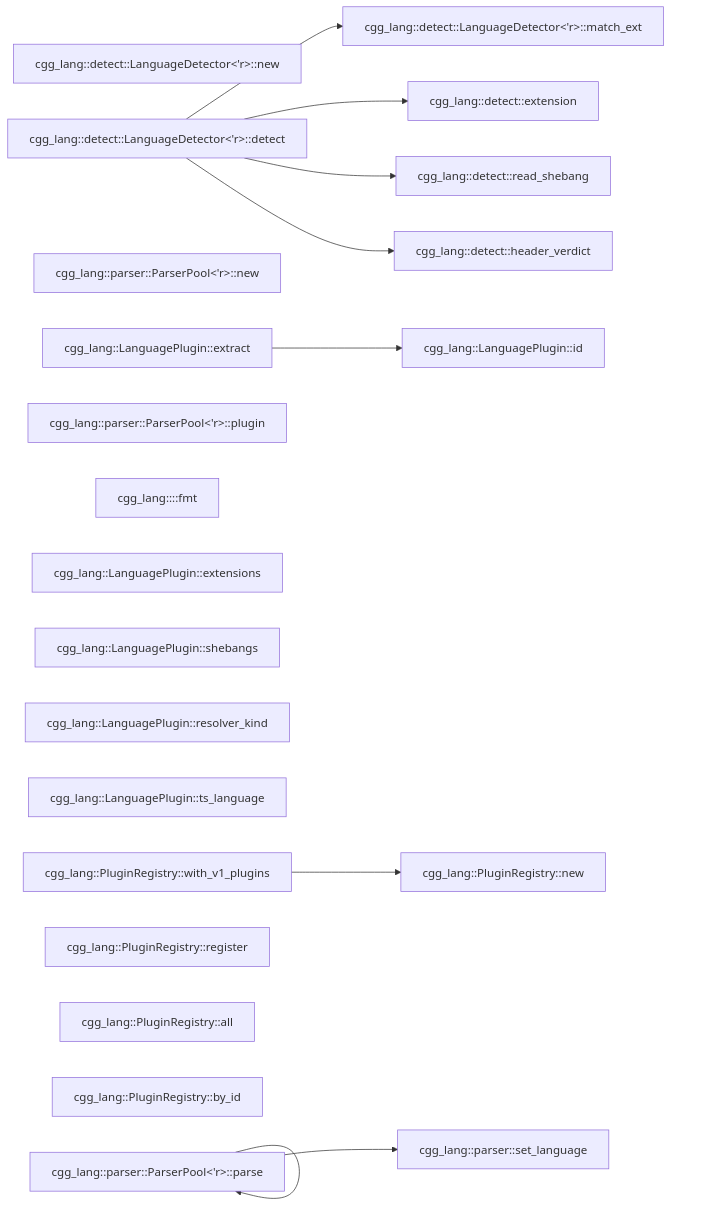
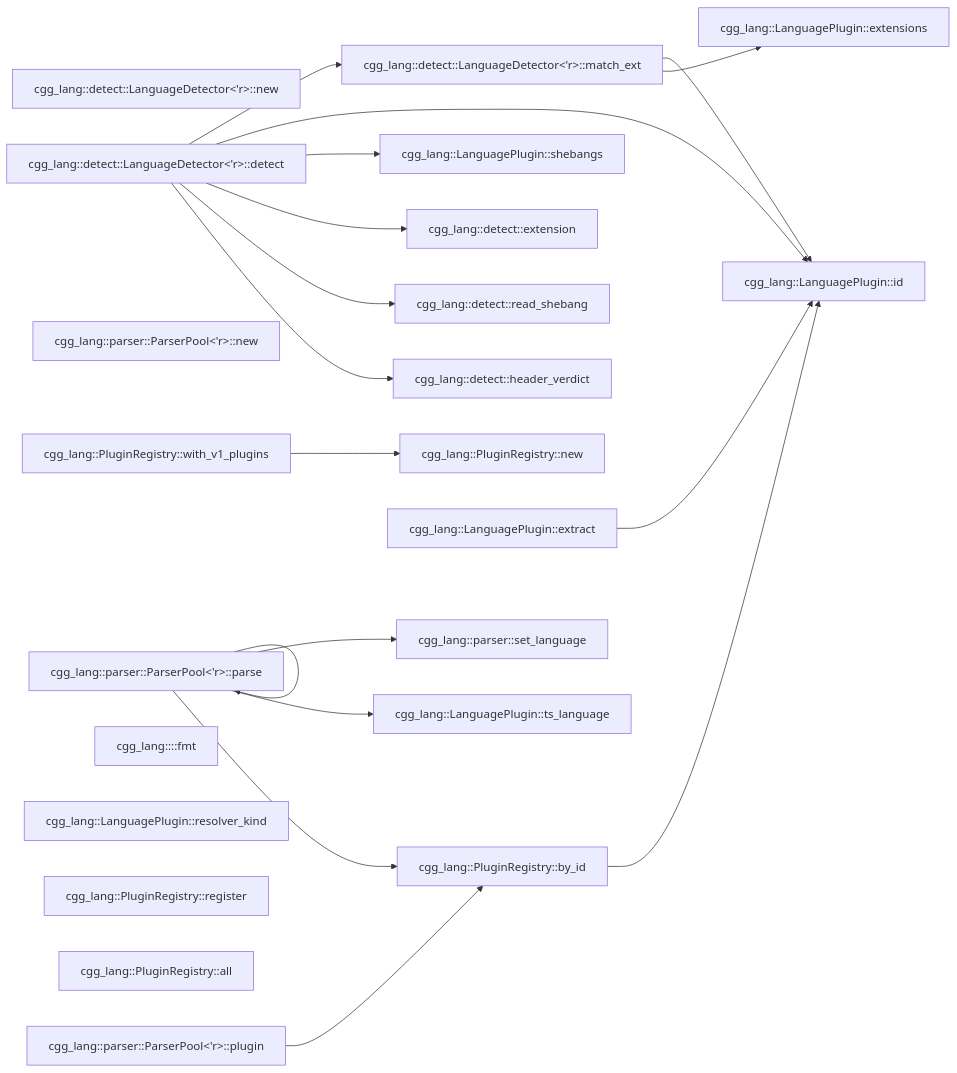
The third of 3 diagrams in README.md (NeuralNotwerk/cgg), drawn with Mermaid before and after one commit. The commit also changed 1 other file, not shown here.

Commit message:
feat: resolve cross-crate Type::method calls and trait dispatch
Two new resolution steps in the cross-file resolver:

Step 4 — Type-qualified method calls:
  When receiver_hint is a type name (uppercase), search all callables
  for one whose qualified_name ends with ::Type::method. Handles
  MermaidFormatter::new(), Graph::add_callable(), etc. across crates.

Step 5 — Trait object dispatch:
  When receiver_hint is a variable (lowercase) and the method name
  is not in the stdlib manifest, find all callables with that
  simple_name (capped at 5 candidates). Handles formatter.render()
  resolving to all trait implementors.

Results on cgg self-analysis:
  Edges: 868 -> 978 (+12.7%)
  Cross-file: 60 -> 165 (+175%)
  emit_graph now resolves all 4 formatter constructors + render()

Results on ripgrep:
  Edges: 1,609 -> 4,041 (+151%)
  Cross-file: 142 -> 2,214

````diff
--- a/README.md
+++ b/README.md
@@ -261,33 +261,41 @@
 ```mermaid
 flowchart LR
   C0["cgg_lang::detect::LanguageDetector<'r>::new"]
   C1["cgg_lang::detect::LanguageDetector<'r>::detect"]
   C2["cgg_lang::detect::LanguageDetector<'r>::match_ext"]
   C3["cgg_lang::detect::extension"]
   C4["cgg_lang::detect::read_shebang"]
   C5["cgg_lang::detect::header_verdict"]
   C14["cgg_lang::parser::ParserPool<'r>::new"]
   C15["cgg_lang::parser::ParserPool<'r>::parse"]
   C16["cgg_lang::parser::ParserPool<'r>::plugin"]
   C17["cgg_lang::parser::set_language"]
   C21["cgg_lang::<ResolverKind as fmt::Display>::fmt"]
   C22["cgg_lang::LanguagePlugin::id"]
   C23["cgg_lang::LanguagePlugin::extensions"]
   C24["cgg_lang::LanguagePlugin::shebangs"]
   C25["cgg_lang::LanguagePlugin::resolver_kind"]
   C26["cgg_lang::LanguagePlugin::ts_language"]
   C27["cgg_lang::LanguagePlugin::extract"]
   C28["cgg_lang::PluginRegistry::new"]
   C29["cgg_lang::PluginRegistry::register"]
   C30["cgg_lang::PluginRegistry::all"]
   C31["cgg_lang::PluginRegistry::by_id"]
   C32["cgg_lang::PluginRegistry::with_v1_plugins"]
   C1 --> C2
+  C1 --> C22
+  C1 --> C24
   C1 --> C3
   C1 --> C4
   C1 --> C5
   C15 --> C15
   C15 --> C17
+  C15 --> C26
+  C15 --> C31
+  C16 --> C31
+  C2 --> C22
+  C2 --> C23
   C27 --> C22
+  C31 --> C22
   C32 --> C28
 ```
````
